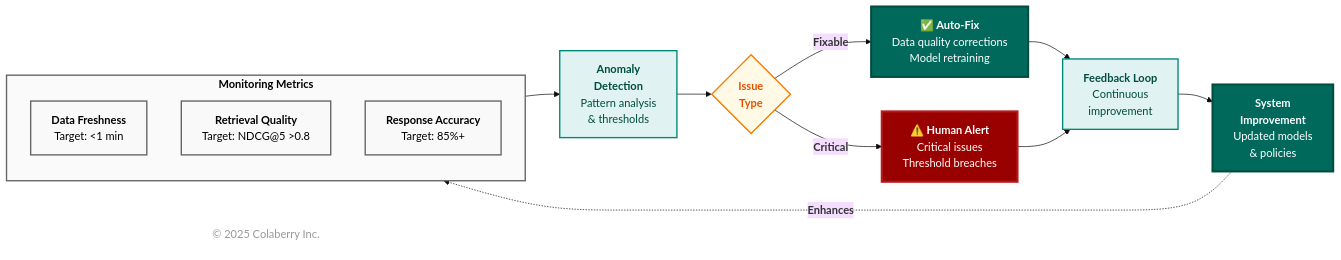
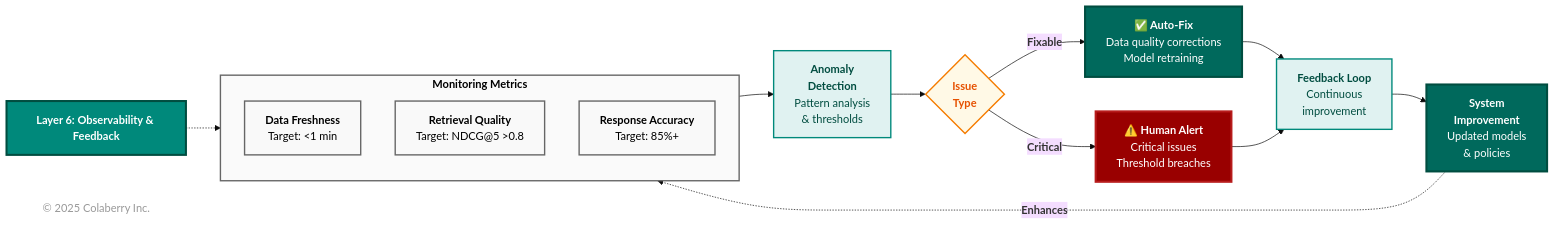
One commit to colaberry/enterprise-data-readiness-ai-agents changed diagram 11 of 18 in chapter-01/chapter_1_complete.md. Above: the diagram before and after it, drawn with Mermaid (base theme). The commit also changed other lines of this file, not shown here.

First line of the commit message:
chapter 1 diagrams restructured

````diff
--- a/chapter-01/chapter_1_complete.md
+++ b/chapter-01/chapter_1_complete.md
@@ -1709,46 +1737,50 @@
 ```mermaid
 graph LR
+    TITLE["<b>Layer 6: Observability & Feedback</b>"]
+    
     subgraph metrics["<b>Monitoring Metrics</b>"]
         direction TB
         M1["<b>Data Freshness</b><br/>Target: <1 min"]
         M2["<b>Retrieval Quality</b><br/>Target: NDCG@5 >0.8"]
         M3["<b>Response Accuracy</b><br/>Target: 85%+"]
     end
     
     DETECT["<b>Anomaly<br/>Detection</b><br/>Pattern analysis<br/>& thresholds"]
     
     CLASSIFY{<b>Issue<br/>Type</b>}
     
     AUTO["<b>✅ Auto-Fix</b><br/>Data quality corrections<br/>Model retraining"]
     
     ALERT["<b>⚠️ Human Alert</b><br/>Critical issues<br/>Threshold breaches"]
     
     FEEDBACK["<b>Feedback Loop</b><br/>Continuous<br/>improvement"]
     
     IMPROVE["<b>System<br/>Improvement</b><br/>Updated models<br/>& policies"]
     
+    TITLE -.-> metrics
     metrics --> DETECT
     DETECT --> CLASSIFY
     CLASSIFY -->|"<b>Fixable</b>"| AUTO
     CLASSIFY -->|"<b>Critical</b>"| ALERT
     AUTO --> FEEDBACK
     ALERT --> FEEDBACK
     FEEDBACK --> IMPROVE
     IMPROVE -.->|"<b>Enhances</b>"| metrics
     
+    style TITLE fill:#00897b,color:#ffffff,stroke:#004d40,stroke-width:3px,font-size:16px
     style metrics fill:#fafafa,stroke:#666666,stroke-width:2px,color:#000000
     style M1 fill:#f9f9f9,stroke:#666666,stroke-width:2px,color:#000000
     style M2 fill:#f9f9f9,stroke:#666666,stroke-width:2px,color:#000000
     style M3 fill:#f9f9f9,stroke:#666666,stroke-width:2px,color:#000000
     style DETECT fill:#e0f2f1,stroke:#00897b,stroke-width:2px,color:#004d40
     style CLASSIFY fill:#fff9e6,stroke:#f57c00,stroke-width:2px,color:#e65100
     style AUTO fill:#00695c,color:#ffffff,stroke:#004d40,stroke-width:3px
     style ALERT fill:#990000,color:#ffffff,stroke:#b71c1c,stroke-width:3px
     style FEEDBACK fill:#e0f2f1,stroke:#00897b,stroke-width:2px,color:#004d40
     style IMPROVE fill:#00695c,color:#ffffff,stroke:#004d40,stroke-width:3px
 
     %% Copyright Notice
     CR["© 2025 Colaberry Inc."]
     style CR fill:none,stroke:none,color:#999999
 
 ```
````
